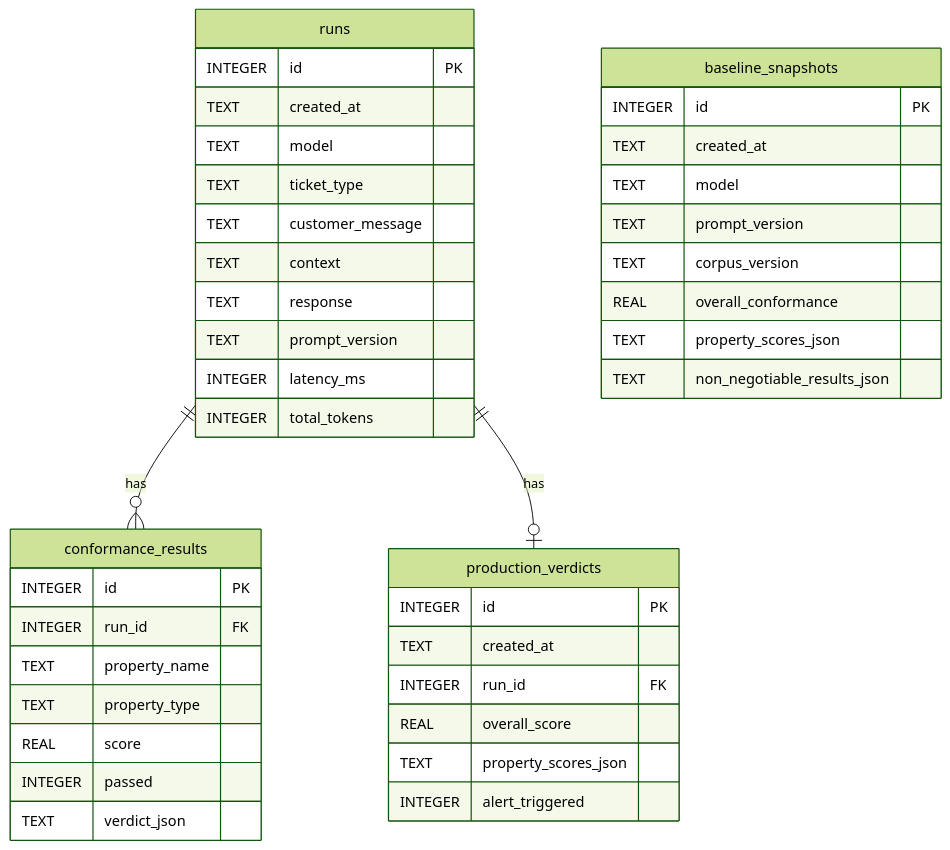
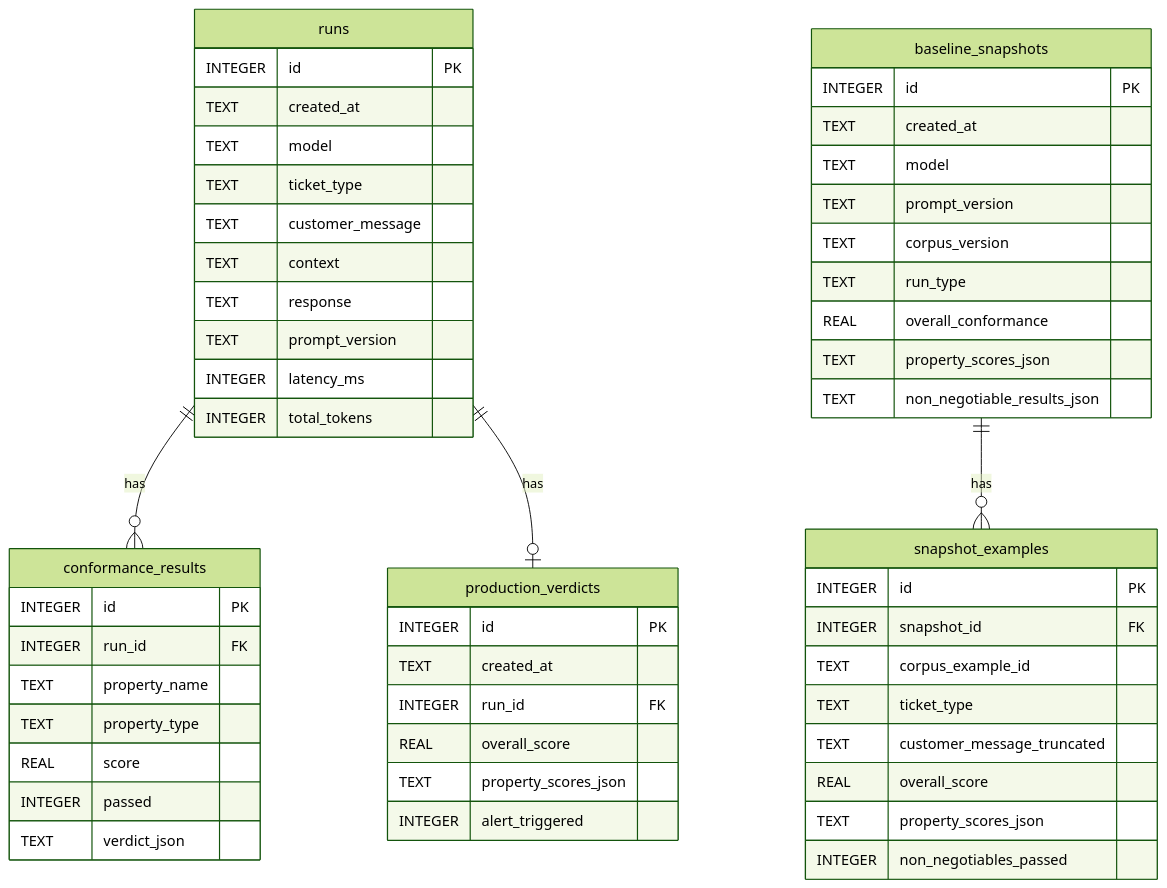
Before and after one commit to ad25343/GlassBox: the fifth of 6 diagrams in docs/architecture.md, drawn with Mermaid (forest theme). The commit also changed other lines of this file and 53 other files, not shown here.

````diff
--- a/docs/architecture.md
+++ b/docs/architecture.md
@@ -178,48 +185,61 @@
 ```mermaid
 erDiagram
     runs {
         INTEGER id PK
         TEXT created_at
         TEXT model
         TEXT ticket_type
         TEXT customer_message
         TEXT context
         TEXT response
         TEXT prompt_version
         INTEGER latency_ms
         INTEGER total_tokens
     }
 
     conformance_results {
         INTEGER id PK
         INTEGER run_id FK
         TEXT property_name
         TEXT property_type
         REAL score
         INTEGER passed
         TEXT verdict_json
     }
 
     baseline_snapshots {
         INTEGER id PK
         TEXT created_at
         TEXT model
         TEXT prompt_version
         TEXT corpus_version
+        TEXT run_type
         REAL overall_conformance
         TEXT property_scores_json
         TEXT non_negotiable_results_json
+    }
+
+    snapshot_examples {
+        INTEGER id PK
+        INTEGER snapshot_id FK
+        TEXT corpus_example_id
+        TEXT ticket_type
+        TEXT customer_message_truncated
+        REAL overall_score
+        TEXT property_scores_json
+        INTEGER non_negotiables_passed
     }
 
     production_verdicts {
         INTEGER id PK
         TEXT created_at
         INTEGER run_id FK
         REAL overall_score
         TEXT property_scores_json
         INTEGER alert_triggered
     }
 
     runs ||--o{ conformance_results : "has"
     runs ||--o| production_verdicts : "has"
+    baseline_snapshots ||--o{ snapshot_examples : "has"
 ```
````
